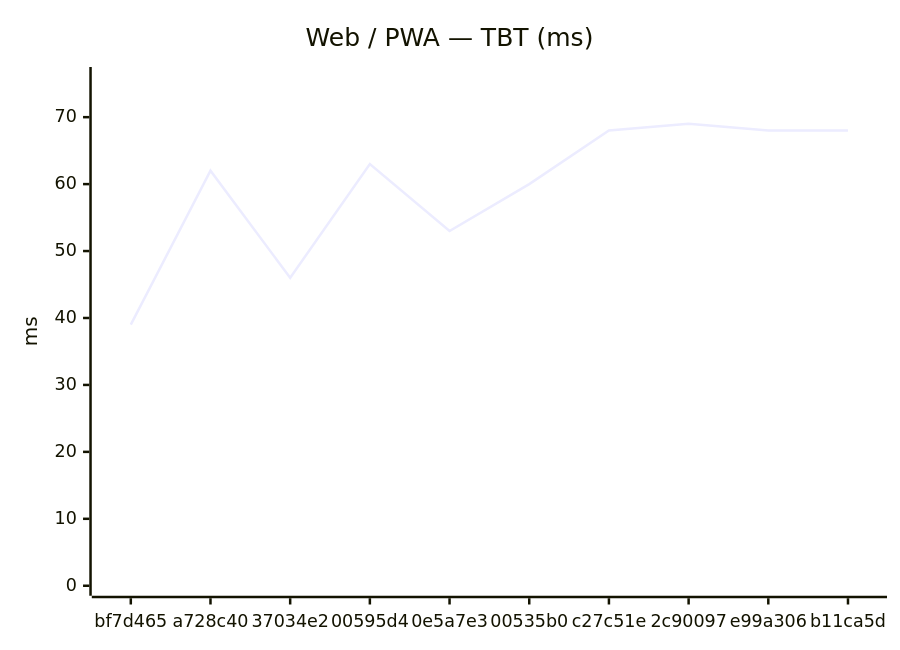
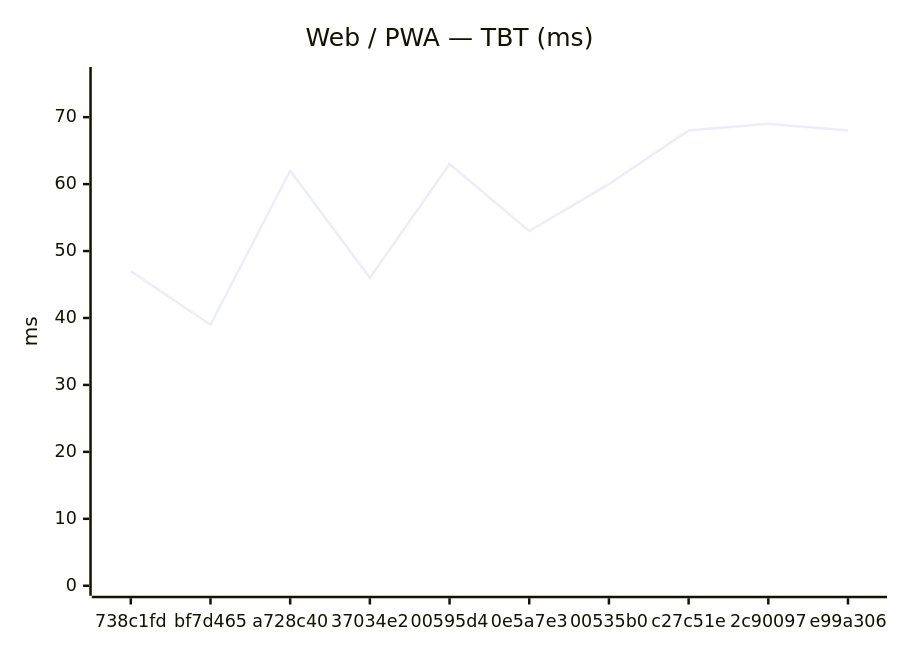
One commit to Metaheurist/Rianell changed the second of 24 diagrams in benchmarks/compare.md. Above: the diagram before and after it, drawn with Mermaid. The commit also changed other lines of this file and 13 other files, not shown here.

````diff
--- a/benchmarks/compare.md
+++ b/benchmarks/compare.md
@@ -31,7 +31,7 @@
 ```mermaid
 xychart-beta
     title "Web / PWA — TBT (ms)"
-    x-axis ["bf7d465", "a728c40", "37034e2", "00595d4", "0e5a7e3", "00535b0", "c27c51e", "2c90097", "e99a306", "b11ca5d"]
+    x-axis ["738c1fd", "bf7d465", "a728c40", "37034e2", "00595d4", "0e5a7e3", "00535b0", "c27c51e", "2c90097", "e99a306"]
     y-axis "ms" 0 --> 76
-    line [39, 62, 46, 63, 53, 60, 68, 69, 68, 68]
+    line [47, 39, 62, 46, 63, 53, 60, 68, 69, 68]
 ```
````
